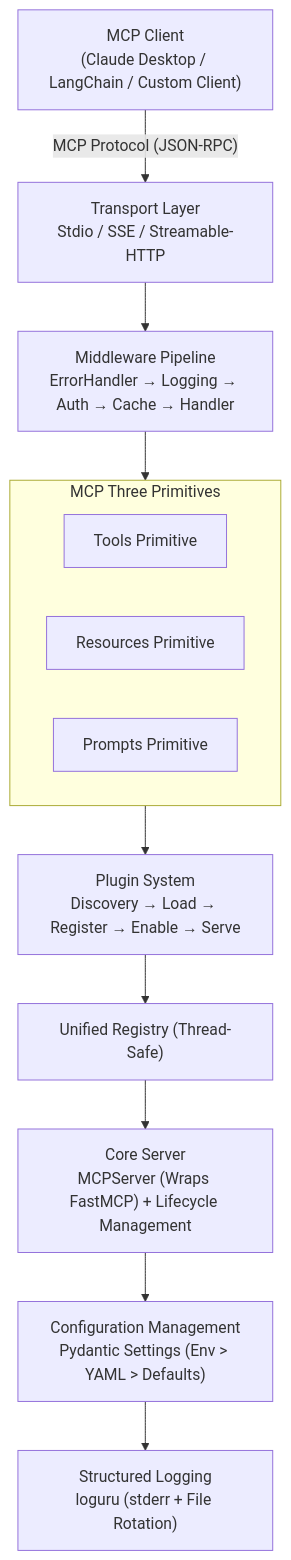
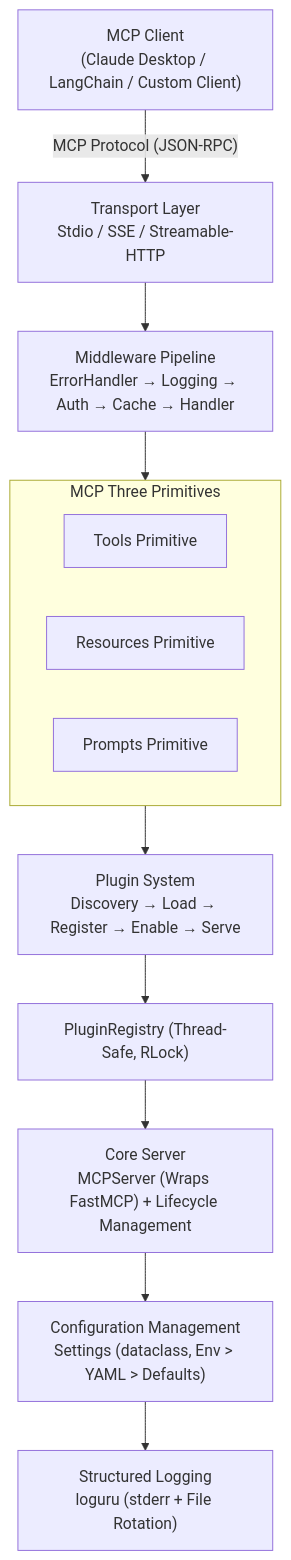
Before and after one commit to chain-engine/x-QiuChi: the first of 4 diagrams in README.en.md, drawn with Mermaid. The commit also changed other lines of this file and 23 other files, not shown here.

````diff
--- a/README.en.md
+++ b/README.en.md
@@ -373,26 +370,26 @@
 ```mermaid
 flowchart TD
     A["MCP Client<br/>(Claude Desktop / LangChain / Custom Client)"]
     B["Transport Layer<br/>Stdio / SSE / Streamable-HTTP"]
     C["Middleware Pipeline<br/>ErrorHandler → Logging → Auth → Cache → Handler"]
     subgraph D["MCP Three Primitives"]
         direction LR
         D1["Tools Primitive"]
         D2["Resources Primitive"]
         D3["Prompts Primitive"]
     end
     E["Plugin System<br/>Discovery → Load → Register → Enable → Serve"]
-    F["Unified Registry (Thread-Safe)"]
+    F["PluginRegistry (Thread-Safe, RLock)"]
     G["Core Server<br/>MCPServer (Wraps FastMCP) + Lifecycle Management"]
-    H["Configuration Management<br/>Pydantic Settings (Env > YAML > Defaults)"]
+    H["Configuration Management<br/>Settings (dataclass, Env > YAML > Defaults)"]
     I["Structured Logging<br/>loguru (stderr + File Rotation)"]
 
     A -->|"MCP Protocol (JSON-RPC)"| B
     B --> C
     C --> D
     D --> E
     E --> F
     F --> G
     G --> H
     H --> I
 ```
````
